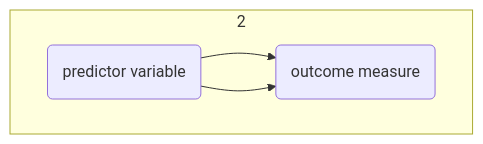
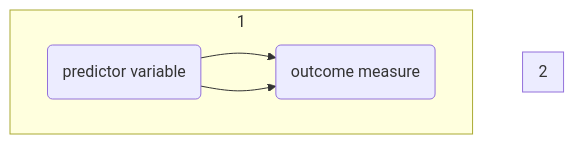
The seventh of 7 diagrams in 2022/Slides/Lecture-04.md (ethanweed/ExPsyLing), drawn with Mermaid before and after one commit. The commit also changed 1 other file, not shown here.

Commit message:
auto-updated with build.sh

````diff
--- a/2022/Slides/Lecture-04.md
+++ b/2022/Slides/Lecture-04.md
@@ -372,11 +372,12 @@
 ```{.mermaid format=svg theme=forest width=400} 
 graph TB
-subgraph 2
+
+subgraph 1
 A(grapheme-phoneme conversion time)-->B(reading time)
 end
 
 subgraph 2
 A(predictor variable)-->B(outcome measure)
 end
 
 ```
````
